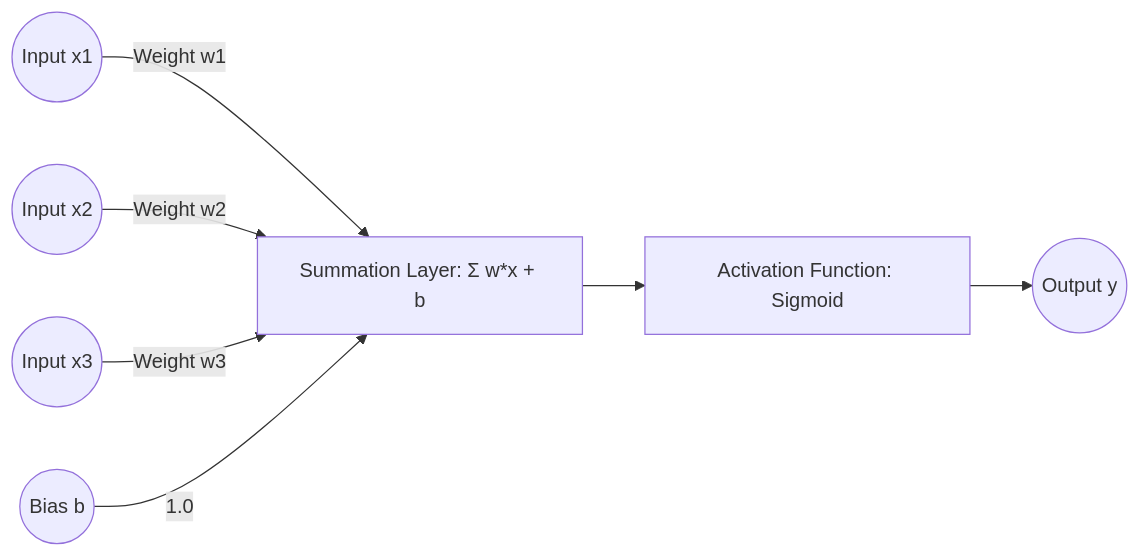
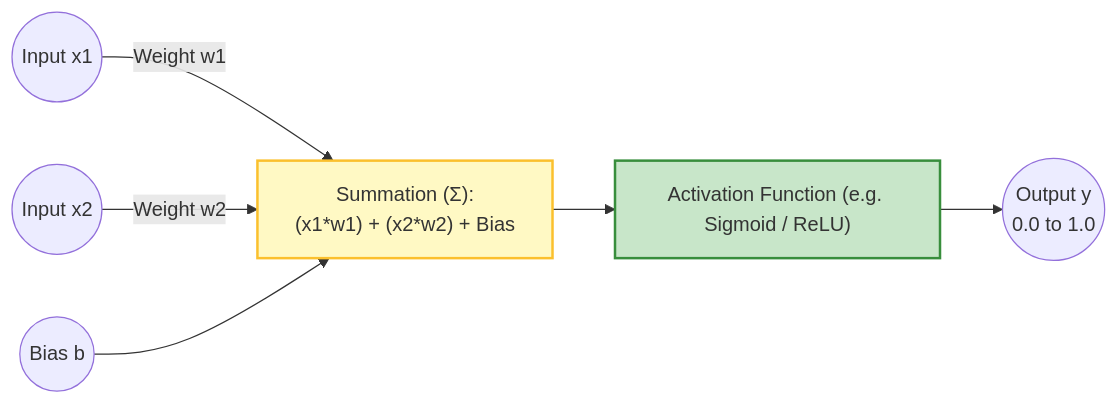
The third of 4 diagrams in AI-tut/02_What_is_AI_ML_DL.md (Nishant8826/theory-leaning), drawn with Mermaid before and after one commit. The commit also changed other lines of this file and 34 other files, not shown here.

````diff
--- a/AI-tut/02_What_is_AI_ML_DL.md
+++ b/AI-tut/02_What_is_AI_ML_DL.md
@@ -72,9 +69,11 @@
 ```mermaid
-graph LR
-    X1((Input x1)) -->|Weight w1| Sum[Summation Layer: Σ w*x + b]
+flowchart LR
+    X1((Input x1)) -->|Weight w1| Sum["Summation (Σ): <br> (x1*w1) + (x2*w2) + Bias"]
     X2((Input x2)) -->|Weight w2| Sum
-    X3((Input x3)) -->|Weight w3| Sum
-    Bias((Bias b)) -->|1.0| Sum
-    Sum --> Act[Activation Function: Sigmoid]
-    Act --> Out((Output y))
+    Bias((Bias b)) --> Sum
+    Sum --> Act["Activation Function (e.g. Sigmoid / ReLU)"]
+    Act --> Out((Output y <br> 0.0 to 1.0))
+
+    style Sum fill:#fff9c4,stroke:#fbc02d,stroke-width:2px
+    style Act fill:#c8e6c9,stroke:#388e3c,stroke-width:2px
 ```
````
